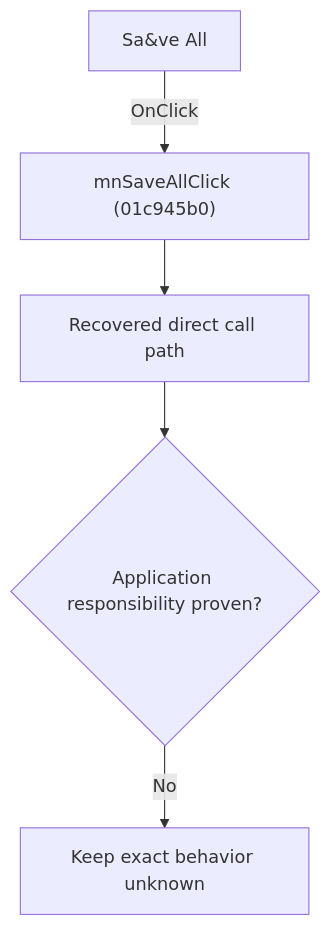
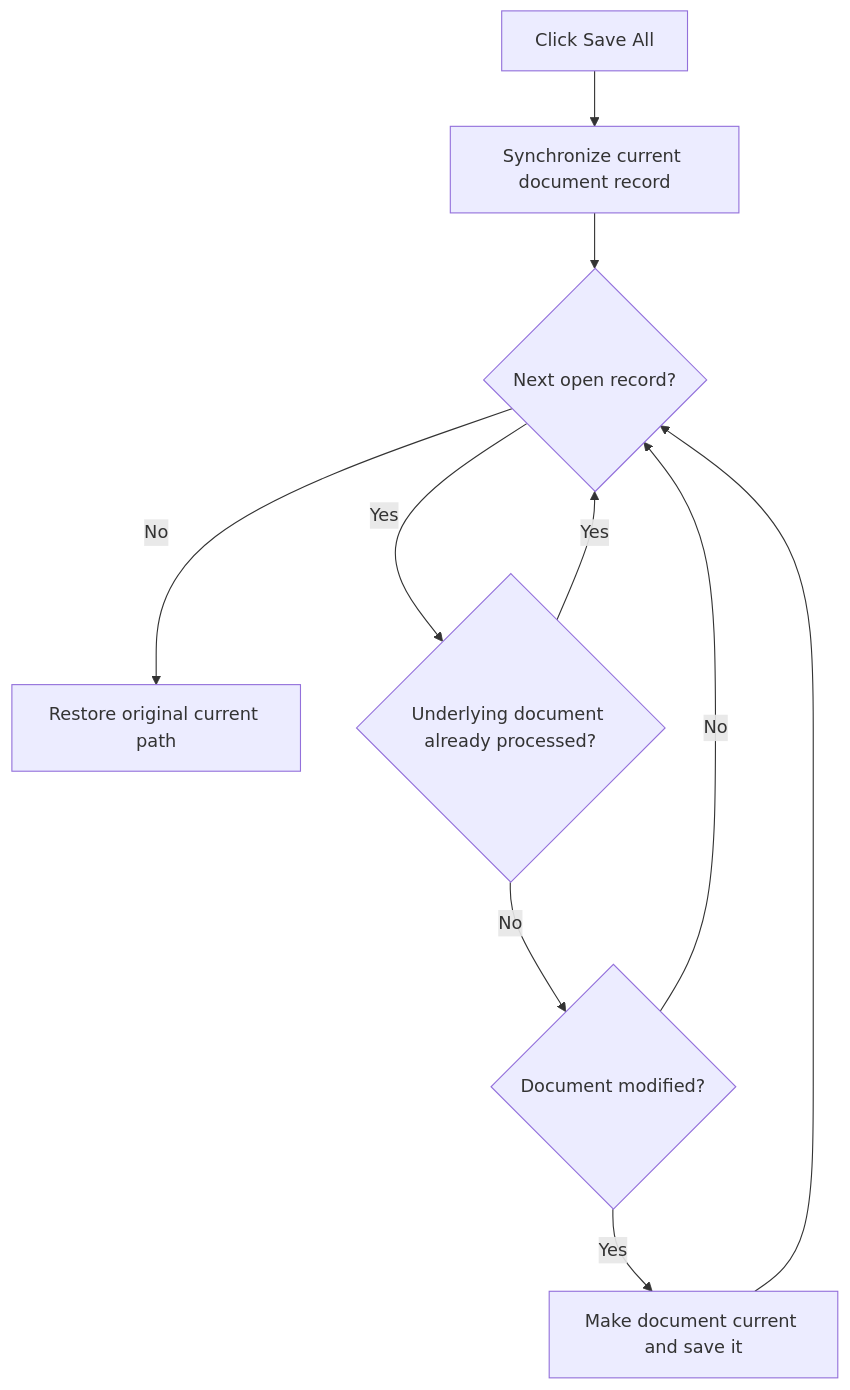
The diagram in docs/ui-controls/schematiceditor/mnsaveall-8131369221.md (MovGP0/TIARA), drawn with Mermaid before and after one commit. The commit also changed other lines of this file and 241 other files, not shown here.

````diff
--- a/docs/ui-controls/schematiceditor/mnsaveall-8131369221.md
+++ b/docs/ui-controls/schematiceditor/mnsaveall-8131369221.md
@@ -27,7 +29,12 @@
 ```mermaid
 flowchart TD
-    control["Sa&ve All"] -->|"OnClick"| handler["mnSaveAllClick (01c945b0)"]
-    handler --> recovered["Recovered direct call path"]
-    recovered --> gap{"Application responsibility proven?"}
-    gap -->|"No"| blocked["Keep exact behavior unknown"]
+    control["Click Save All"] --> sync["Synchronize current document record"]
+    sync --> next{"Next open record?"}
+    next -->|"No"| restore["Restore original current path"]
+    next -->|"Yes"| seen{"Underlying document already processed?"}
+    seen -->|"Yes"| next
+    seen -->|"No"| dirty{"Document modified?"}
+    dirty -->|"No"| next
+    dirty -->|"Yes"| save["Make document current and save it"]
+    save --> next
 ```
````
